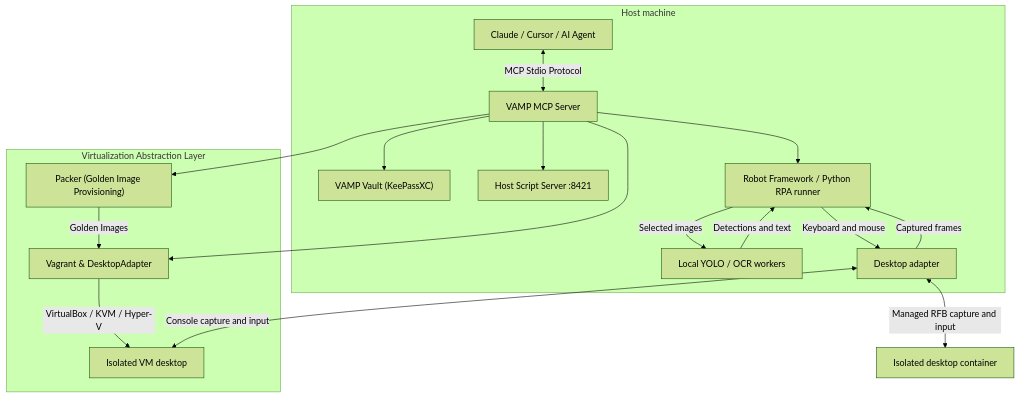
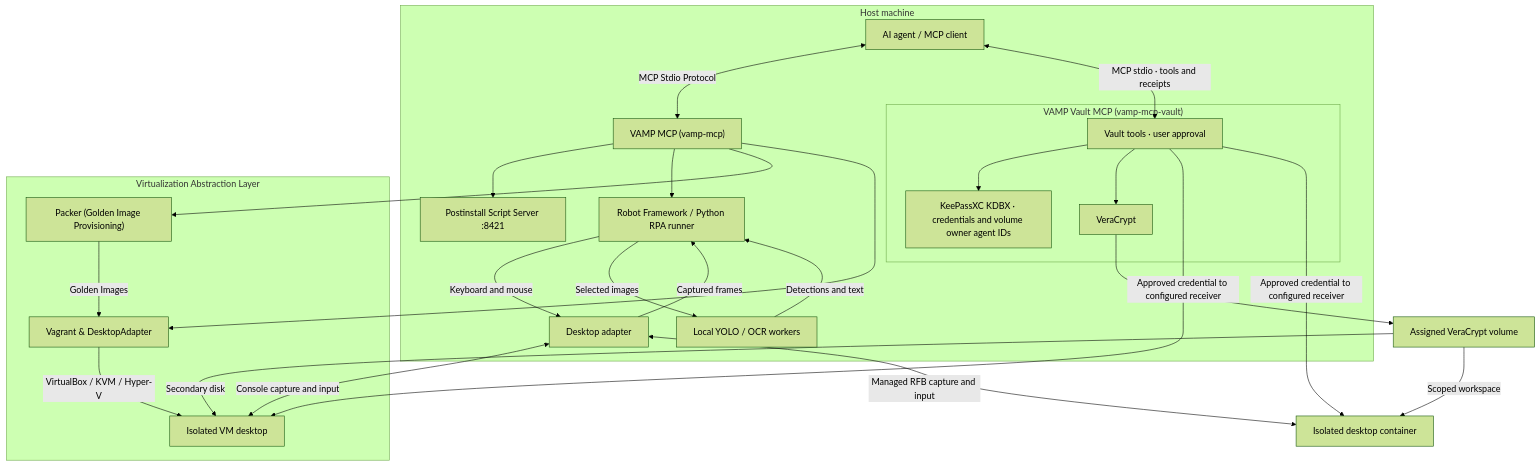
One commit to wayfarer6/vamp-mcp changed the diagram in README.md. Above: the diagram before and after it, drawn with Mermaid (forest theme). The commit also changed other lines of this file and 14 other files, not shown here.

Commit message:
Record workspace owners in Vault and correct MCP architecture diagrams

````diff
--- a/README.md
+++ b/README.md
@@ -114,35 +114,47 @@
 ```mermaid
 flowchart TD
     subgraph Host ["Host machine"]
-        Agent["Claude / Cursor / AI Agent"]
-        MCP["VAMP MCP Server"]
-        Vault["VAMP Vault (KeePassXC)"]
-        HTTP["Host Script Server :8421"]
+        Agent["AI agent / MCP client"]
+        MCP["VAMP MCP (vamp-mcp)"]
+        subgraph VaultService ["VAMP Vault MCP (vamp-mcp-vault)"]
+            Vault["Vault tools · user approval"]
+            DB["KeePassXC KDBX · credentials and volume owner agent IDs"]
+            VC["VeraCrypt"]
+            Vault --> DB
+            Vault --> VC
+        end
+        HTTP["Postinstall Script Server :8421"]
         RPA["Robot Framework / Python RPA runner"]
         Vision["Local YOLO / OCR workers"]
         Desktop["Desktop adapter"]
 
         Agent <-->|MCP Stdio Protocol| MCP
-        MCP --> Vault
+        Agent <-->|MCP stdio · tools and receipts| Vault
         MCP --> HTTP
         MCP --> RPA
         RPA -->|Keyboard and mouse| Desktop
         Desktop -->|Captured frames| RPA
         RPA -->|Selected images| Vision
         Vision -->|Detections and text| RPA
     end
 
     subgraph Infrastructure ["Virtualization Abstraction Layer"]
         Packer["Packer (Golden Image Provisioning)"]
         Vagrant["Vagrant & DesktopAdapter"]
         MCP --> Packer
         MCP --> Vagrant
         Packer -->|Golden Images| Vagrant
         Vagrant -->|VirtualBox / KVM / Hyper-V| VM
     end
 
     VM["Isolated VM desktop"]
     Container["Isolated desktop container"]
+    Disk["Assigned VeraCrypt volume"]
+    VC --> Disk
+    Disk -->|Secondary disk| VM
+    Disk -->|Scoped workspace| Container
+    Vault -->|Approved credential to configured receiver| VM
+    Vault -->|Approved credential to configured receiver| Container
     Desktop <-->|Console capture and input| VM
     Desktop <-->|Managed RFB capture and input| Container
 ```
````
